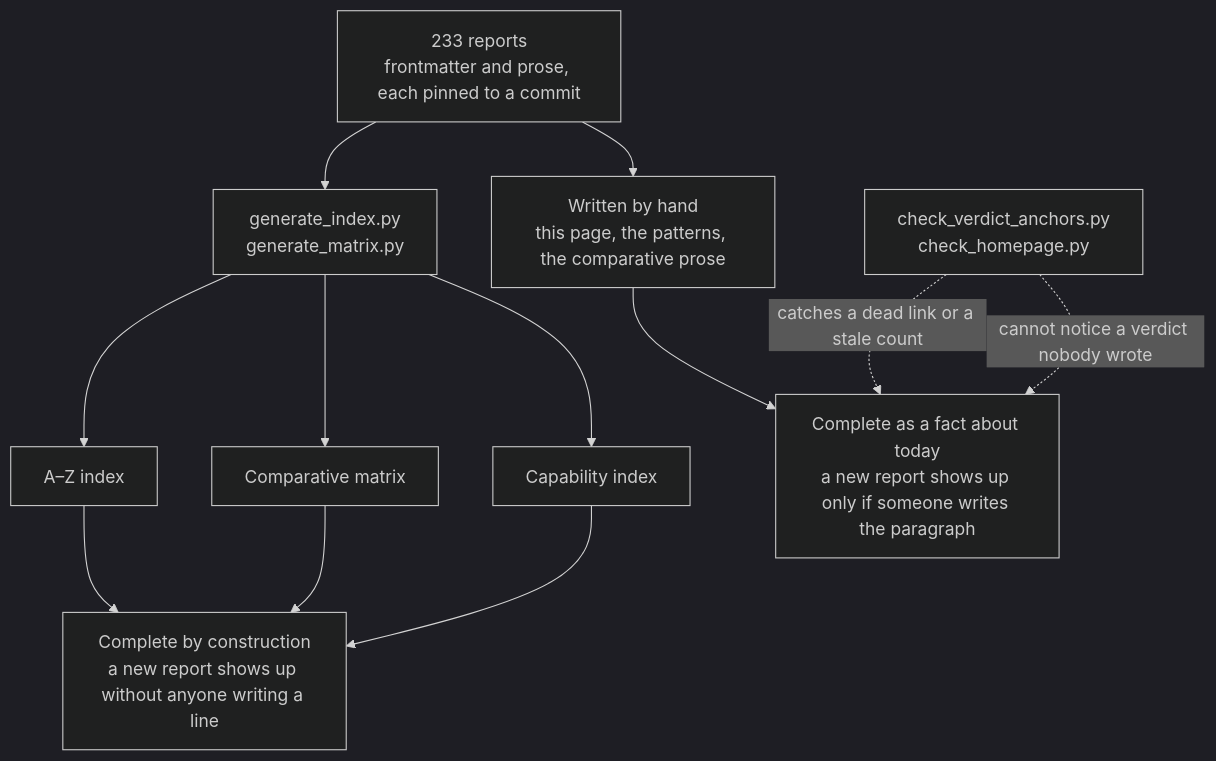
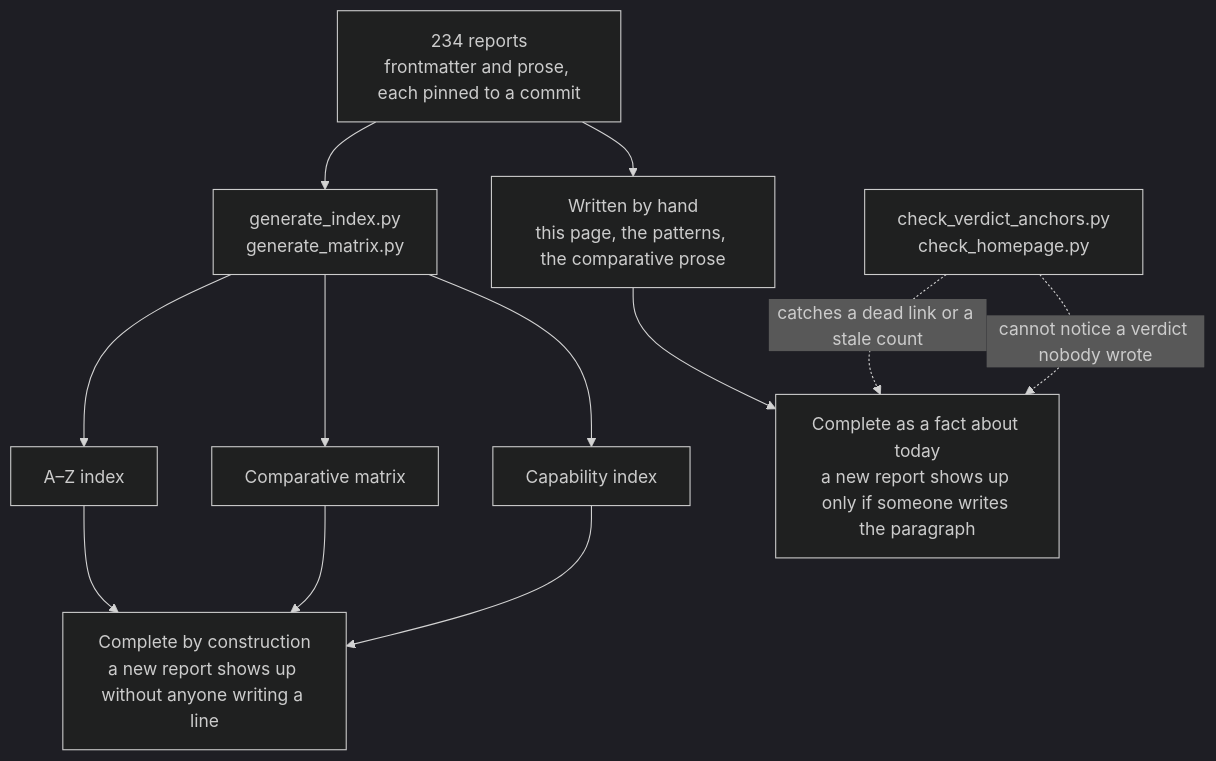
One commit to neoneye/agent-memory-atlas changed the diagram in content/verdicts.md. Above: the diagram before and after it, drawn with Mermaid (dark theme). The commit also changed other lines of this file and 19 other files, not shown here.

````diff
--- a/content/verdicts.md
+++ b/content/verdicts.md
@@ -40,15 +40,15 @@
 ```mermaid
 flowchart TD
-    R["233 reports<br/>frontmatter and prose, each pinned to a commit"]
+    R["234 reports<br/>frontmatter and prose, each pinned to a commit"]
     R --> GEN["generate_index.py<br/>generate_matrix.py"]
     R --> HAND["Written by hand<br/>this page, the patterns, the comparative prose"]
     GEN --> AZ["A–Z index"]
     GEN --> MX["Comparative matrix"]
     GEN --> CI["Capability index"]
     AZ --> CONST["Complete by construction<br/>a new report shows up without anyone writing a line"]
     MX --> CONST
     CI --> CONST
     HAND --> TODAY["Complete as a fact about today<br/>a new report shows up only if someone writes the paragraph"]
     CHK["check_verdict_anchors.py<br/>check_homepage.py"] -.->|"catches a dead link or a stale count"| TODAY
     CHK -.->|"cannot notice a verdict nobody wrote"| TODAY
 ```
````
